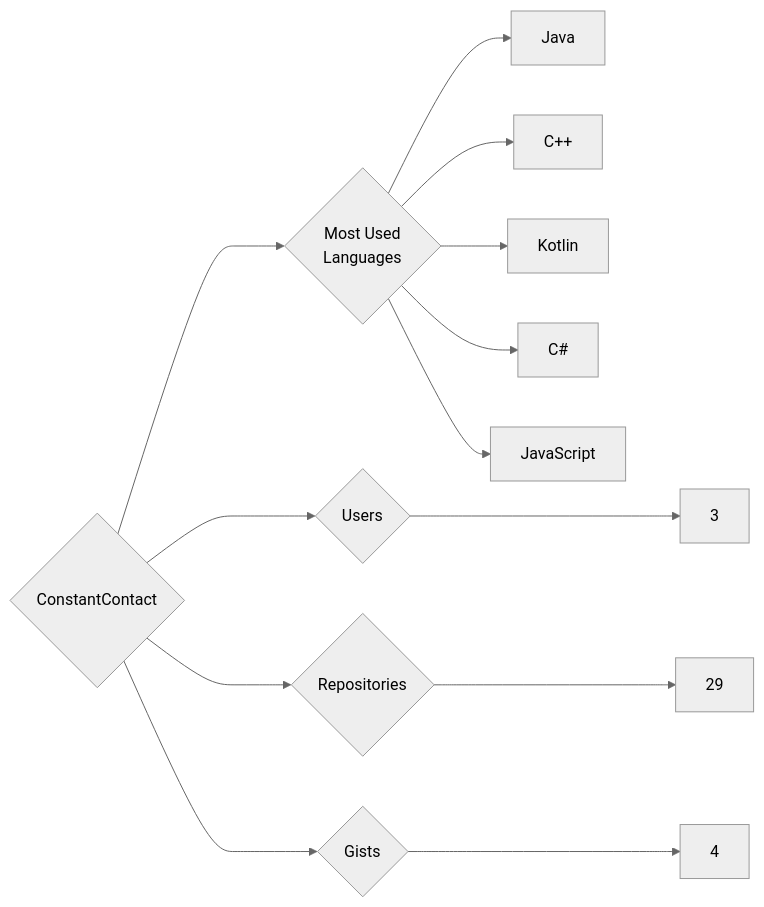
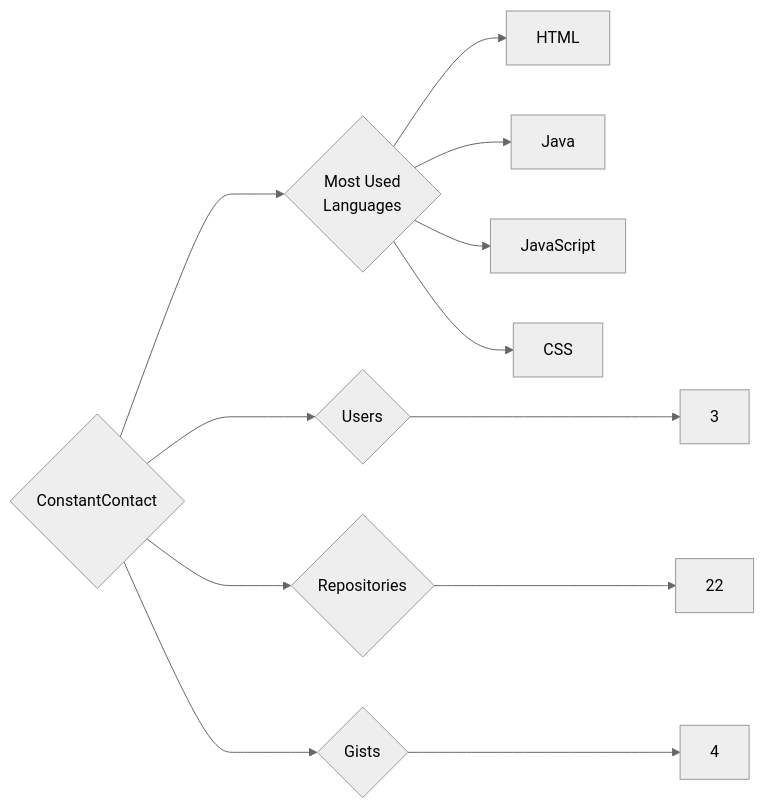
The diagram in targets/ConstantContact/README.md (trickest/insiders), drawn with Mermaid (neutral theme) before and after one commit. The commit also changed 993 other files, not shown here.

````diff
--- a/targets/ConstantContact/README.md
+++ b/targets/ConstantContact/README.md
@@ -3,13 +3,12 @@
 ```mermaid
 graph LR
 COMPANY_NAME{ConstantContact}
 COMPANY_NAME ---> U{Users} ---> UN[3]
-COMPANY_NAME ---> R{Repositories} ---> RN[29]
+COMPANY_NAME ---> R{Repositories} ---> RN[22]
 COMPANY_NAME ---> G{Gists} ---> GN[4]
 COMPANY_NAME ---> ML{Most Used<br>Languages}
+ML --> HTML[HTML]
 ML --> Java[Java]
-ML --> C++[C++]
-ML --> Kotlin[Kotlin]
-ML --> C#[C#]
 ML --> JavaScript[JavaScript]
+ML --> CSS[CSS]
 ```
````
